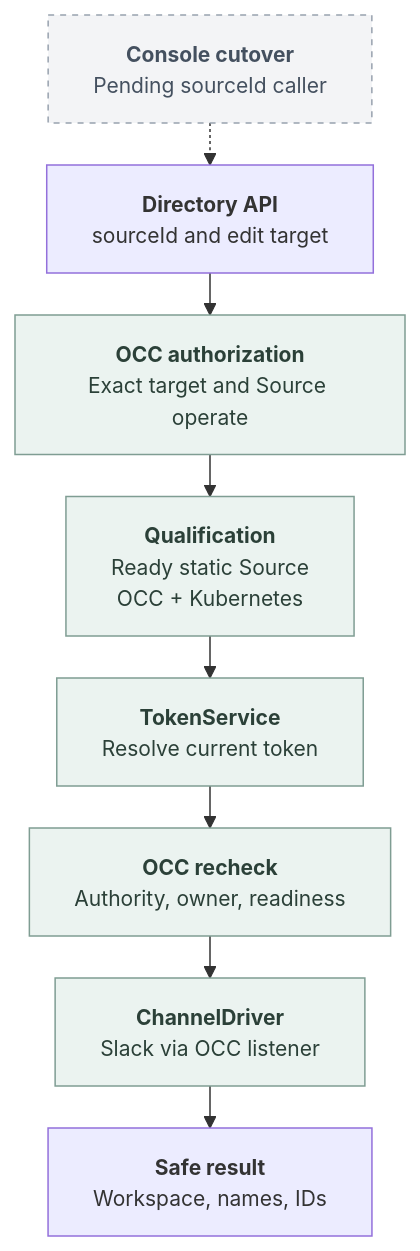
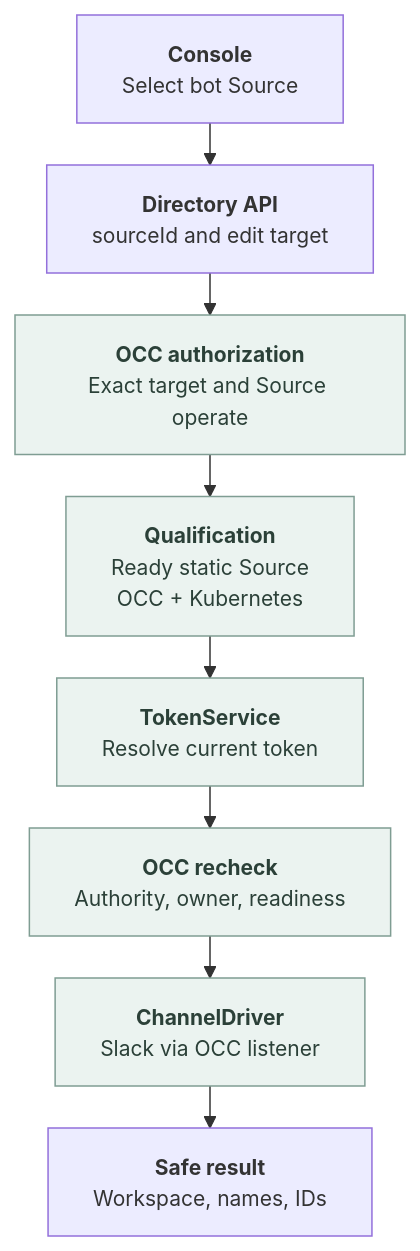
One commit to openclaw/openclaw-enterprise changed the diagram in docs/flows/agent-channel-directory.md. Above: the diagram before and after it, drawn with Mermaid. The commit also changed other lines of this file and 5 other files, not shown here.

Commit message:
Correct Source flow docs and isolate deployment fixtures

````diff
--- a/docs/flows/agent-channel-directory.md
+++ b/docs/flows/agent-channel-directory.md
@@ -30,15 +30,13 @@
 ```mermaid
 graph TD
   %%{init: {"themeVariables":{"fontSize":"14px"},"flowchart":{"htmlLabels":true,"nodeSpacing":24,"rankSpacing":28}}}%%
-  UI["<b>Console cutover</b><br/>Pending sourceId caller"] -.-> A["<b>Directory API</b><br/>sourceId and edit target"]
+  UI["<b>Console</b><br/>Select bot Source"] --> A["<b>Directory API</b><br/>sourceId and edit target"]
   A --> B["<b>OCC authorization</b><br/>Exact target and Source operate"]
   B --> C["<b>Qualification</b><br/>Ready static Source<br/>OCC + Kubernetes"]
   C --> D["<b>TokenService</b><br/>Resolve current token"]
   D --> E["<b>OCC recheck</b><br/>Authority, owner, readiness"]
   E --> F["<b>ChannelDriver</b><br/>Slack via OCC listener"]
   F --> G["<b>Safe result</b><br/>Workspace, names, IDs"]
-  classDef pending fill:#F3F4F6,stroke:#98A2AE,color:#44505F,stroke-width:1px,stroke-dasharray:4 4
   classDef operation fill:#EBF3F0,stroke:#7F9D93,color:#2B4038,stroke-width:1px
-  class UI pending
   class B,C,D,E,F operation
 ```
````
